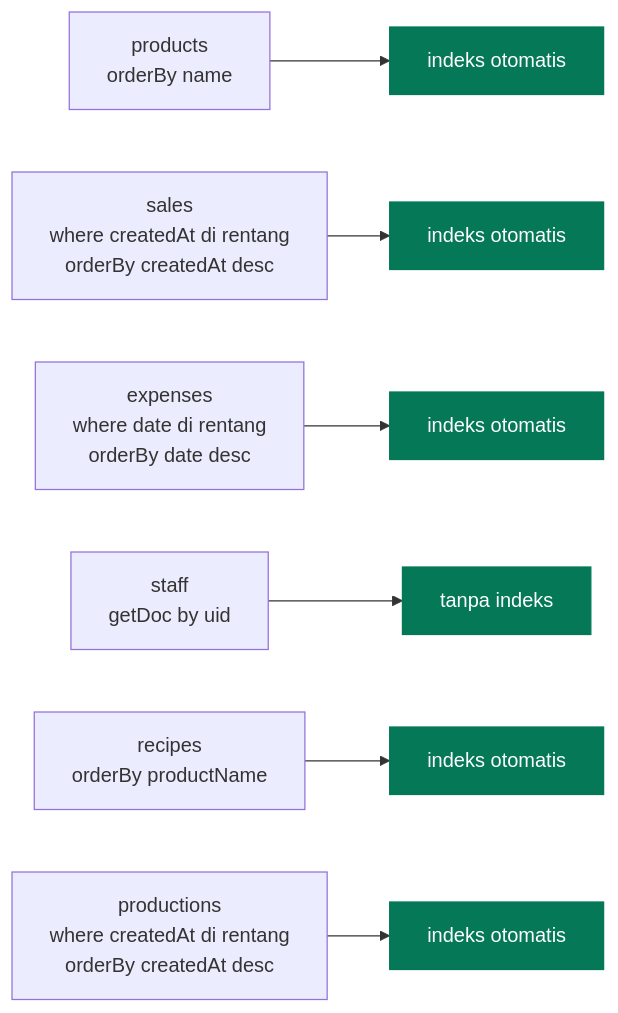
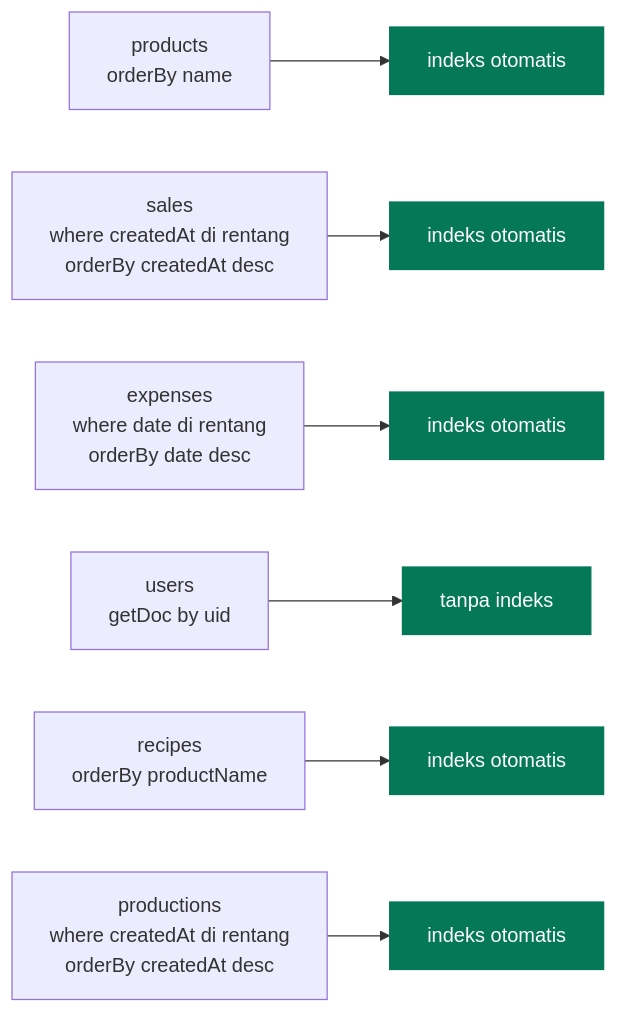
One commit to nadhimc/simple-pos-kkn-agung changed the third of 3 diagrams in docs/model-data.md. Above: the diagram before and after it, drawn with Mermaid. The commit also changed other lines of this file and 10 other files, not shown here.

````diff
--- a/docs/model-data.md
+++ b/docs/model-data.md
@@ -261,12 +305,12 @@
 ```mermaid
 flowchart LR
   Q1["products<br/>orderBy name"] --> I1["indeks otomatis"]
   Q2["sales<br/>where createdAt di rentang<br/>orderBy createdAt desc"] --> I2["indeks otomatis"]
   Q3["expenses<br/>where date di rentang<br/>orderBy date desc"] --> I3["indeks otomatis"]
-  Q4["staff<br/>getDoc by uid"] --> I4["tanpa indeks"]
+  Q4["users<br/>getDoc by uid"] --> I4["tanpa indeks"]
   Q5["recipes<br/>orderBy productName"] --> I5["indeks otomatis"]
   Q6["productions<br/>where createdAt di rentang<br/>orderBy createdAt desc"] --> I6["indeks otomatis"]
 
   classDef ok fill:#047857,stroke:#047857,color:#ffffff
   class I1,I2,I3,I4,I5,I6 ok
 ```
````
